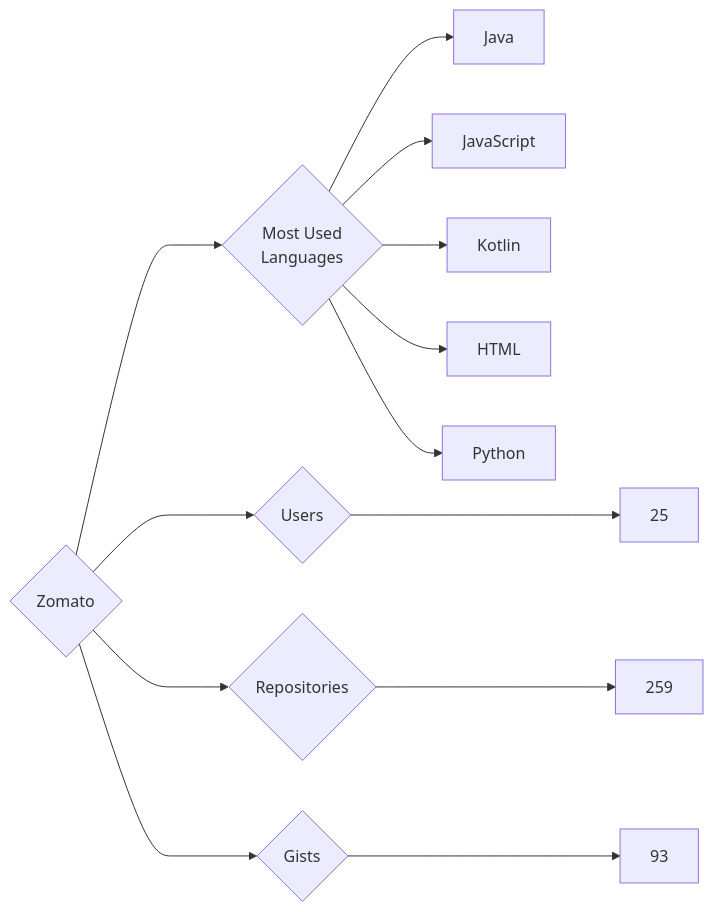
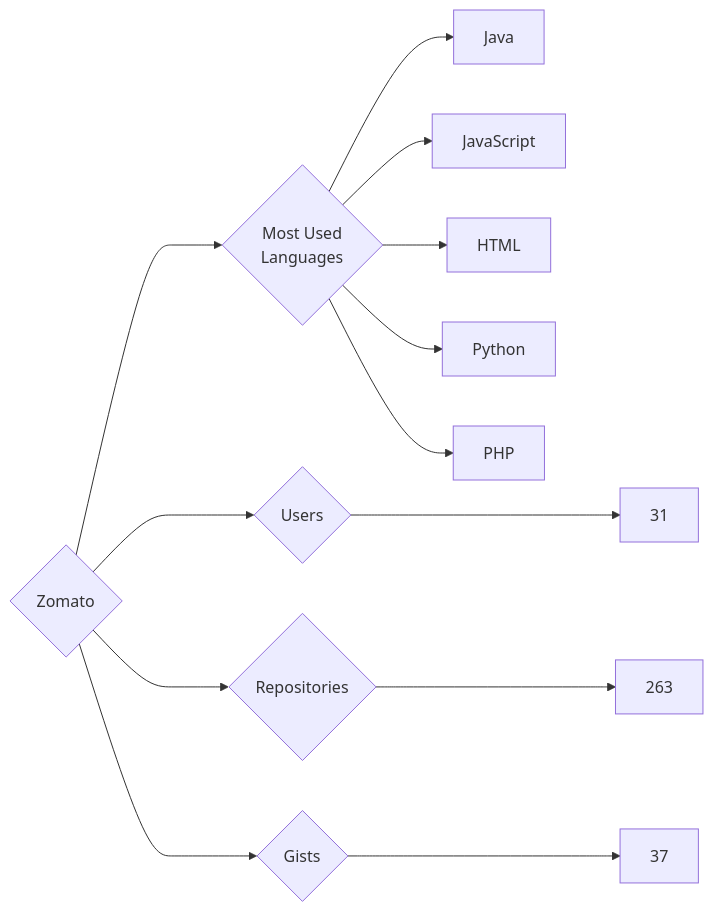
One commit to trickest/insiders changed the diagram in targets/Zomato/README.md. Above: the diagram before and after it, drawn with Mermaid. The commit also changed 895 other files, not shown here.

````diff
--- a/targets/Zomato/README.md
+++ b/targets/Zomato/README.md
@@ -3,13 +3,13 @@
 ```mermaid
 graph LR
 COMPANY_NAME{Zomato}
-COMPANY_NAME ---> U{Users} ---> UN[25]
-COMPANY_NAME ---> R{Repositories} ---> RN[259]
-COMPANY_NAME ---> G{Gists} ---> GN[93]
+COMPANY_NAME ---> U{Users} ---> UN[31]
+COMPANY_NAME ---> R{Repositories} ---> RN[263]
+COMPANY_NAME ---> G{Gists} ---> GN[37]
 COMPANY_NAME ---> ML{Most Used<br>Languages}
 ML --> Java[Java]
 ML --> JavaScript[JavaScript]
-ML --> Kotlin[Kotlin]
 ML --> HTML[HTML]
 ML --> Python[Python]
+ML --> PHP[PHP]
 ```
````
